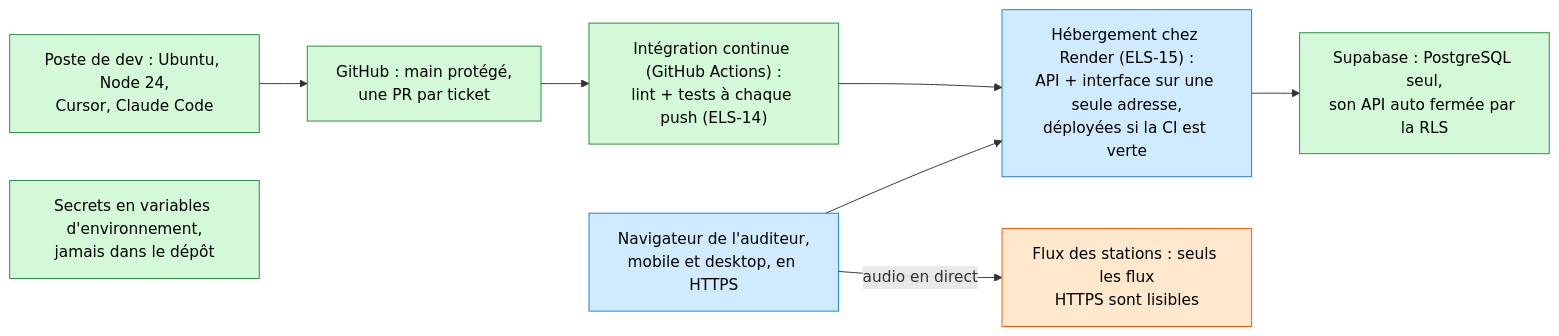
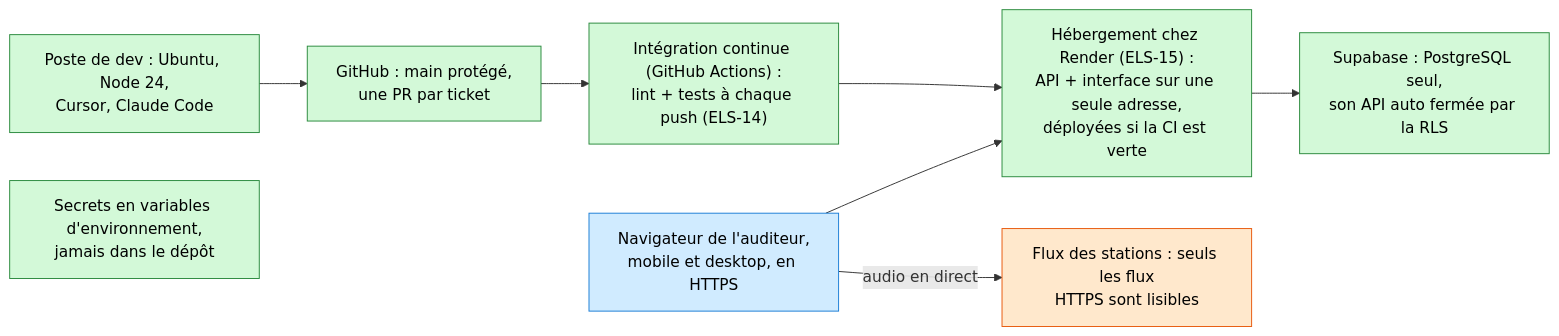
The fourth of 7 diagrams in docs/architecture.md (gvlaurent/elsewhere), drawn with Mermaid before and after one commit. The commit also changed other lines of this file and 2 other files, not shown here.

Commit message:
fix: vise la vraie adresse de l'API dans la redirection /api de Render (ELS-15) (#33)
Render a nommé les services elsewhere-api-ypk5 et elsewhere-web-ifej.
L'hébergement passe à « codé » dans l'architecture, avec l'adresse
de préproduction.

````diff
--- a/docs/architecture.md
+++ b/docs/architecture.md
@@ -113,19 +113,19 @@
 ```mermaid
 flowchart LR
     T1["Poste de dev : Ubuntu, Node 24,<br/>Cursor, Claude Code"]:::code
     T2["GitHub : main protégé,<br/>une PR par ticket"]:::code
     T3["Intégration continue (GitHub Actions) :<br/>lint + tests à chaque push (ELS-14)"]:::code
-    T4["Hébergement chez Render (ELS-15) :<br/>API + interface sur une seule adresse,<br/>déployées si la CI est verte"]:::decide
+    T4["Hébergement chez Render (ELS-15) :<br/>API + interface sur une seule adresse,<br/>déployées si la CI est verte"]:::code
     T5["Supabase : PostgreSQL seul,<br/>son API auto fermée par la RLS"]:::code
     T6["Secrets en variables d'environnement,<br/>jamais dans le dépôt"]:::code
     T7["Navigateur de l'auditeur,<br/>mobile et desktop, en HTTPS"]:::decide
     T8["Flux des stations : seuls les flux<br/>HTTPS sont lisibles"]:::trancher
 
     T1 --> T2 --> T3 --> T4 --> T5
     T7 --> T4
     T7 -- "audio en direct" --> T8
 
     classDef code fill:#d3f9d8,stroke:#2b8a3e,color:#000
     classDef decide fill:#d0ebff,stroke:#1c7ed6,color:#000
     classDef trancher fill:#ffe8cc,stroke:#e8590c,color:#000
 ```
````
